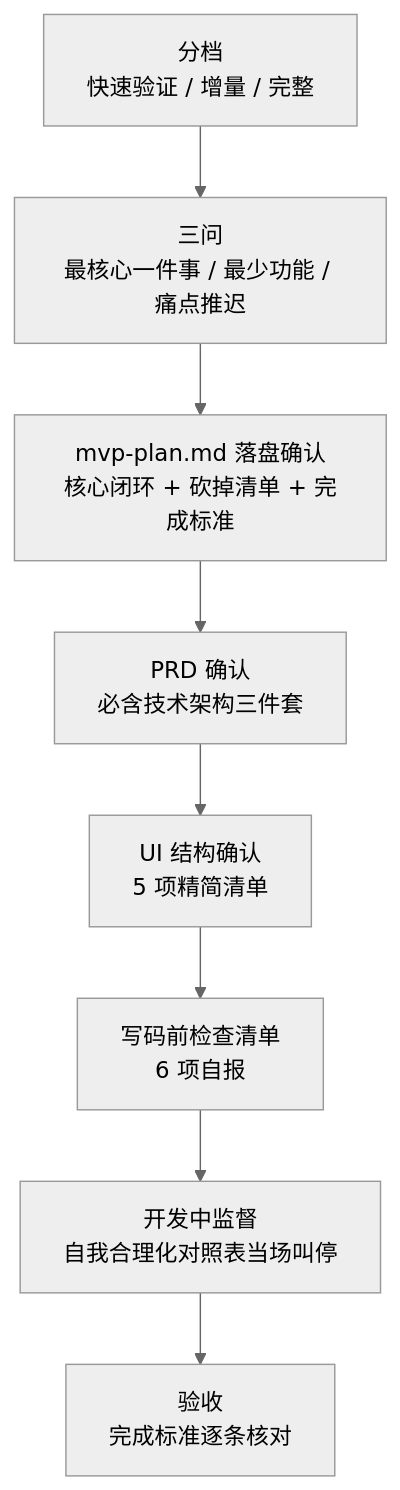
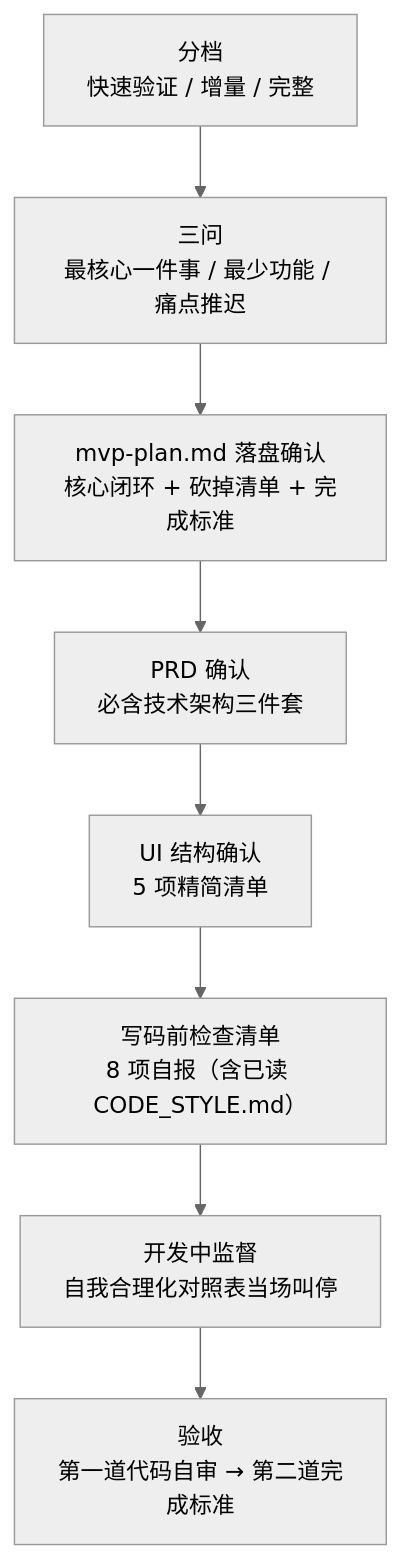
The diagram in README.md (sunwang33/mvp-guardian), drawn with Mermaid (neutral theme) before and after one commit. The commit also changed other lines of this file and 4 other files, not shown here.

````diff
--- a/README.md
+++ b/README.md
@@ -32,10 +32,10 @@
 ```mermaid
 flowchart TD
     A["分档<br/>快速验证 / 增量 / 完整"] --> B["三问<br/>最核心一件事 / 最少功能 / 痛点推迟"]
     B --> C["mvp-plan.md 落盘确认<br/>核心闭环 + 砍掉清单 + 完成标准"]
     C --> D["PRD 确认<br/>必含技术架构三件套"]
     D --> E["UI 结构确认<br/>5 项精简清单"]
-    E --> F["写码前检查清单<br/>6 项自报"]
+    E --> F["写码前检查清单<br/>8 项自报（含已读 CODE_STYLE.md）"]
     F --> G["开发中监督<br/>自我合理化对照表当场叫停"]
-    G --> H["验收<br/>完成标准逐条核对"]
+    G --> H["验收<br/>第一道代码自审 → 第二道完成标准"]
 ```
````
